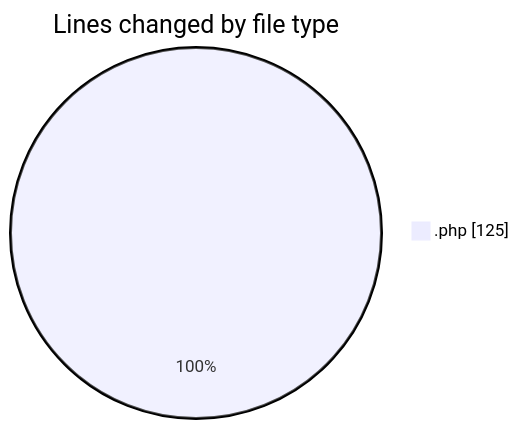
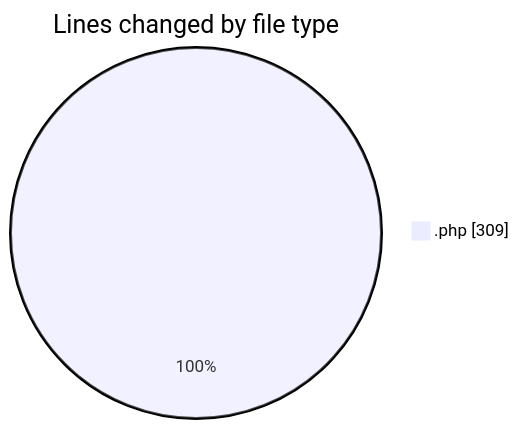
One commit to LanceThiago/code-tracking changed the first of 2 diagrams in 2025-01-22/oficina/README.md. Above: the diagram before and after it, drawn with Mermaid. The commit also changed other lines of this file and 1 other file, not shown here.

````diff
--- a/2025-01-22/oficina/README.md
+++ b/2025-01-22/oficina/README.md
@@ -20,5 +21,5 @@
 ```mermaid
 pie showData
 title Lines changed by file type
-".php" : 125
+".php" : 309
 ```
````
